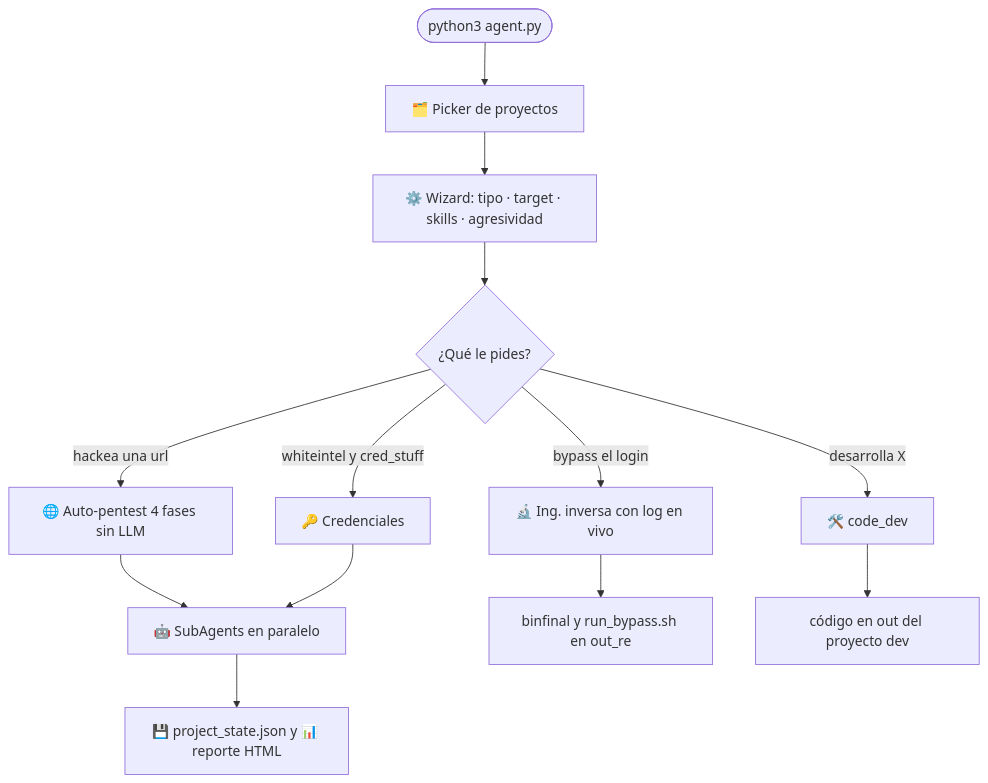
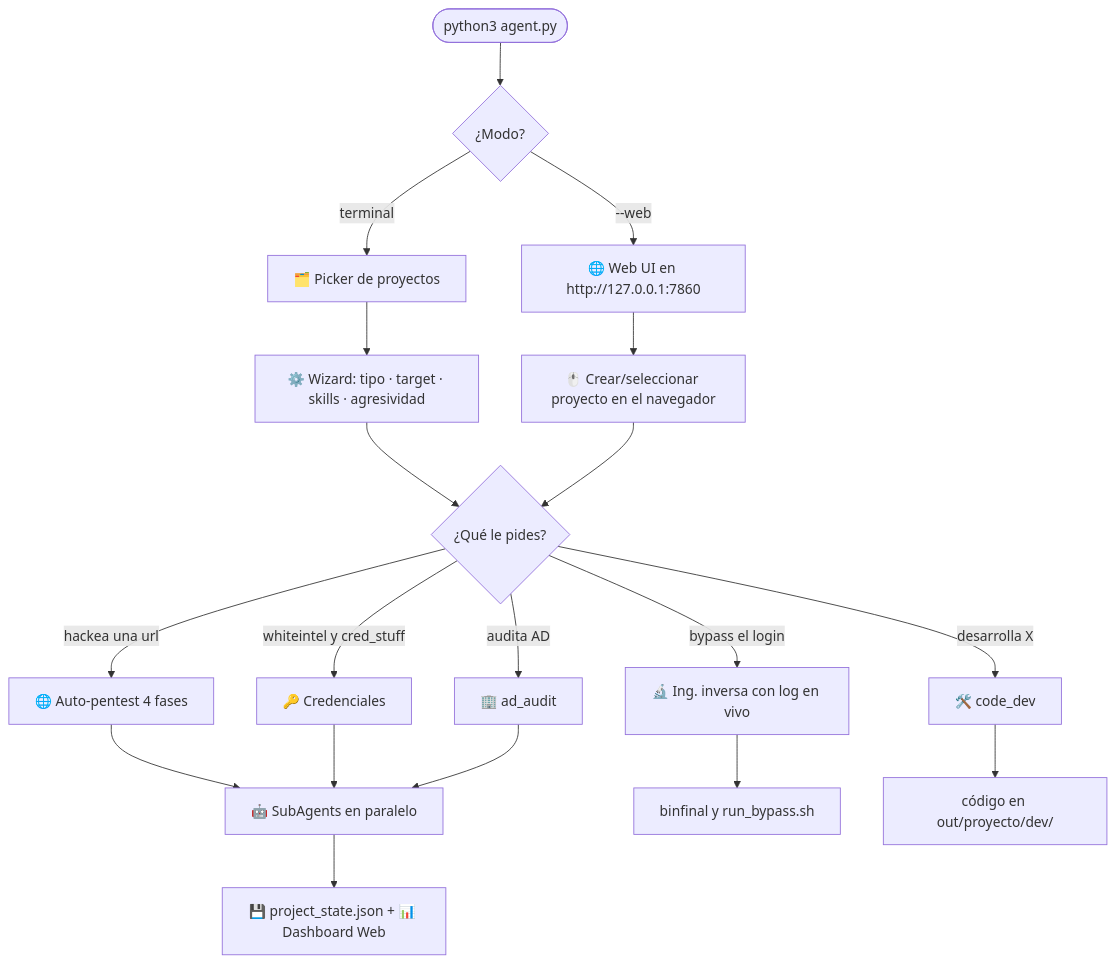
Before and after one commit to brandonllamas/DarkmoonAgent: the first of 2 diagrams in README.md, drawn with Mermaid. The commit also changed other lines of this file and 3 other files, not shown here.

````diff
--- a/README.md
+++ b/README.md
@@ -54,15 +84,21 @@
 ```mermaid
 flowchart TD
-    A([python3 agent.py]) --> B[🗂️ Picker de proyectos]
-    B --> C[⚙️ Wizard: tipo · target · skills · agresividad]
-    C --> D{¿Qué le pides?}
-    D -->|hackea una url| E[🌐 Auto-pentest 4 fases sin LLM]
-    D -->|bypass el login| F[🔬 Ing. inversa con log en vivo]
-    D -->|desarrolla X| G[🛠️ code_dev]
-    D -->|whiteintel y cred_stuff| H[🔑 Credenciales]
-    E --> S[🤖 SubAgents en paralelo]
-    F --> OUT2[binfinal y run_bypass.sh en out_re]
-    G --> OUT3[código en out del proyecto dev]
-    H --> S
-    S --> R[💾 project_state.json y 📊 reporte HTML]
+    A([python3 agent.py]) --> B{¿Modo?}
+    B -->|terminal| C[🗂️ Picker de proyectos]
+    B -->|--web| W[🌐 Web UI en http://127.0.0.1:7860]
+    C --> D[⚙️ Wizard: tipo · target · skills · agresividad]
+    W --> D2[🖱️ Crear/seleccionar proyecto en el navegador]
+    D --> E{¿Qué le pides?}
+    D2 --> E
+    E -->|hackea una url| F[🌐 Auto-pentest 4 fases]
+    E -->|bypass el login| G[🔬 Ing. inversa con log en vivo]
+    E -->|desarrolla X| H[🛠️ code_dev]
+    E -->|whiteintel y cred_stuff| I[🔑 Credenciales]
+    E -->|audita AD| J[🏢 ad_audit]
+    F --> S[🤖 SubAgents en paralelo]
+    G --> OUT2[binfinal y run_bypass.sh]
+    H --> OUT3[código en out/proyecto/dev/]
+    I --> S
+    J --> S
+    S --> R[💾 project_state.json + 📊 Dashboard Web]
 ```
````
